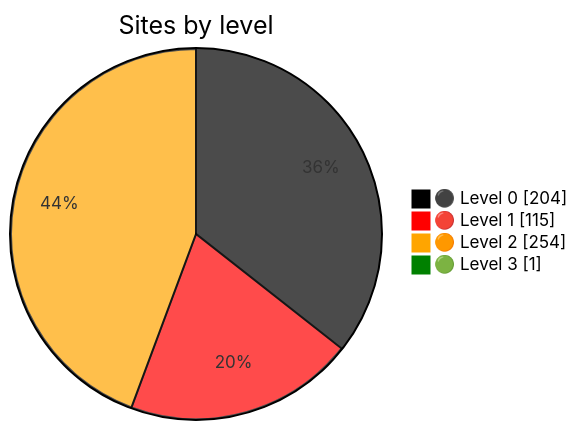
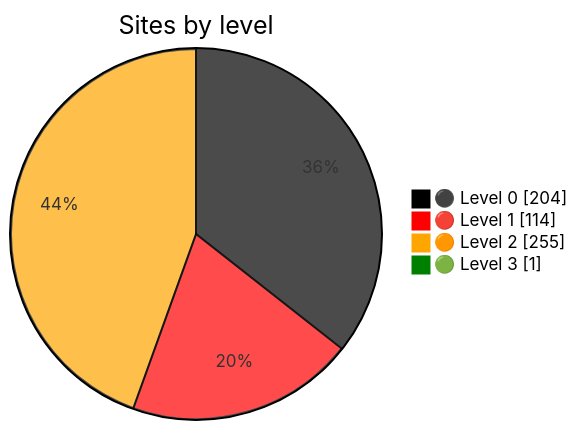
The diagram in README.md (Dushmilan/gov_lk_web_auditor), drawn with Mermaid before and after one commit. The commit also changed other lines of this file and 2537 other files, not shown here.

````diff
--- a/README.md
+++ b/README.md
@@ -24,9 +24,9 @@
 ```mermaid
 %%{init: {"themeVariables":{"pie1":"black","pie2":"red","pie3":"orange","pie4":"green"}}}%%
 pie showData
     title Sites by level
     "⚫ Level 0" : 204
-    "🔴 Level 1" : 115
-    "🟠 Level 2" : 254
+    "🔴 Level 1" : 114
+    "🟠 Level 2" : 255
     "🟢 Level 3" : 1
 ```
````
